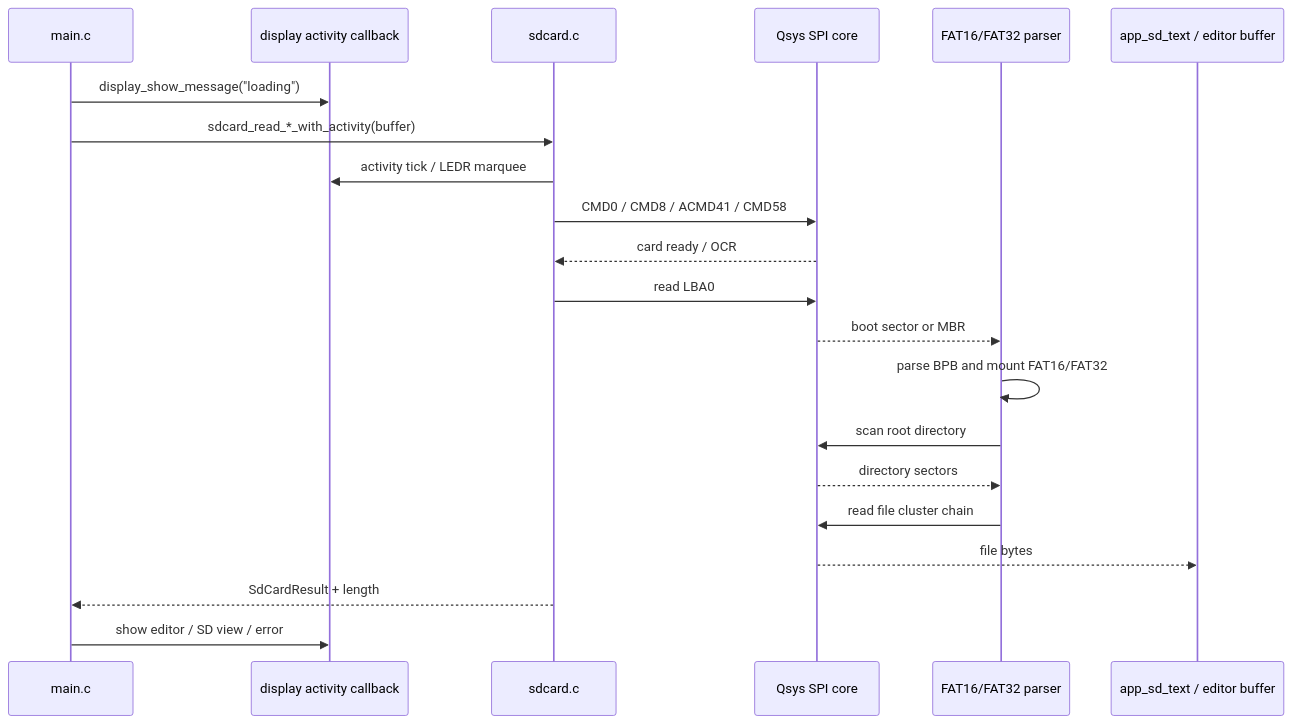
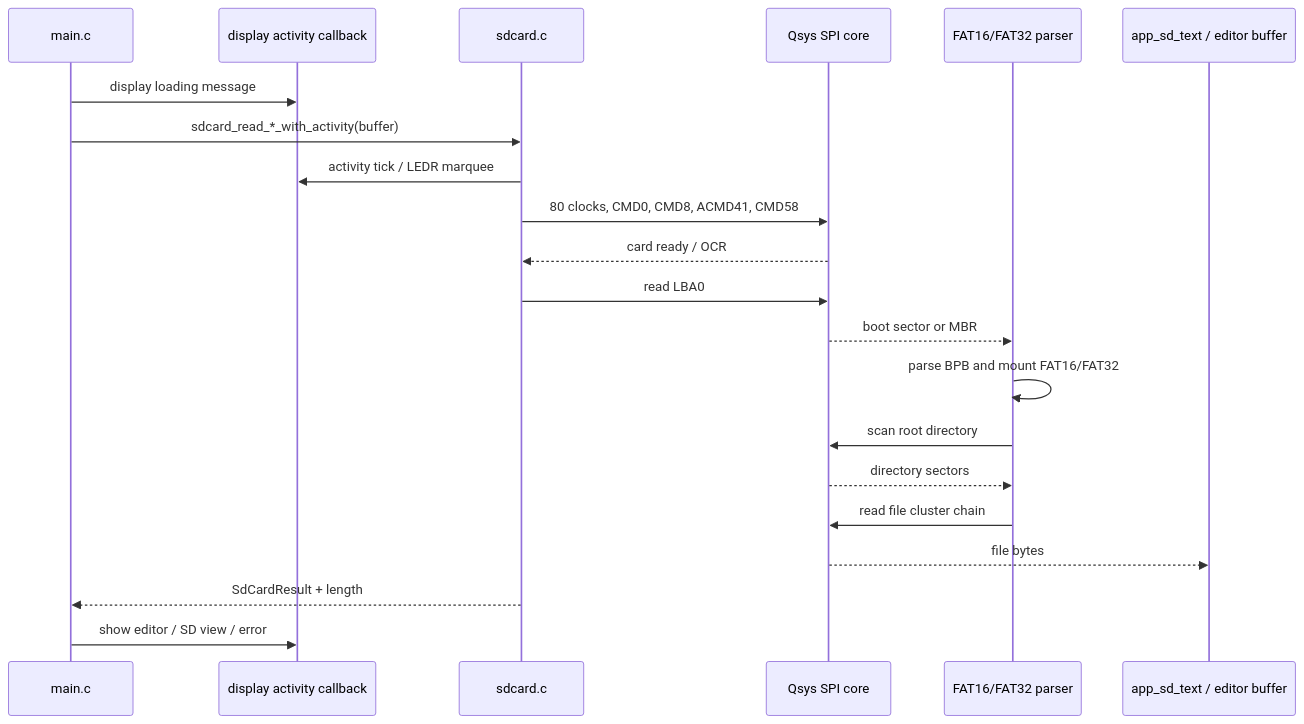
Diagram 11 of 13 in docs/hierarchy.md (Dao-you/altera_nios_typewriter), drawn with Mermaid before and after one commit. The commit also changed other lines of this file, not shown here.

````diff
--- a/docs/hierarchy.md
+++ b/docs/hierarchy.md
@@ -446,24 +488,24 @@
 ```mermaid
 sequenceDiagram
     participant APP as main.c
     participant UI as display activity callback
     participant SD as sdcard.c
     participant SPI as Qsys SPI core
     participant FAT as FAT16/FAT32 parser
     participant BUF as app_sd_text / editor buffer
 
-    APP->>UI: display_show_message("loading")
+    APP->>UI: display loading message
     APP->>SD: sdcard_read_*_with_activity(buffer)
     SD->>UI: activity tick / LEDR marquee
-    SD->>SPI: CMD0 / CMD8 / ACMD41 / CMD58
+    SD->>SPI: 80 clocks, CMD0, CMD8, ACMD41, CMD58
     SPI-->>SD: card ready / OCR
     SD->>SPI: read LBA0
     SPI-->>FAT: boot sector or MBR
     FAT->>FAT: parse BPB and mount FAT16/FAT32
     FAT->>SPI: scan root directory
     SPI-->>FAT: directory sectors
     FAT->>SPI: read file cluster chain
     SPI-->>BUF: file bytes
     SD-->>APP: SdCardResult + length
     APP->>UI: show editor / SD view / error
 ```
````
